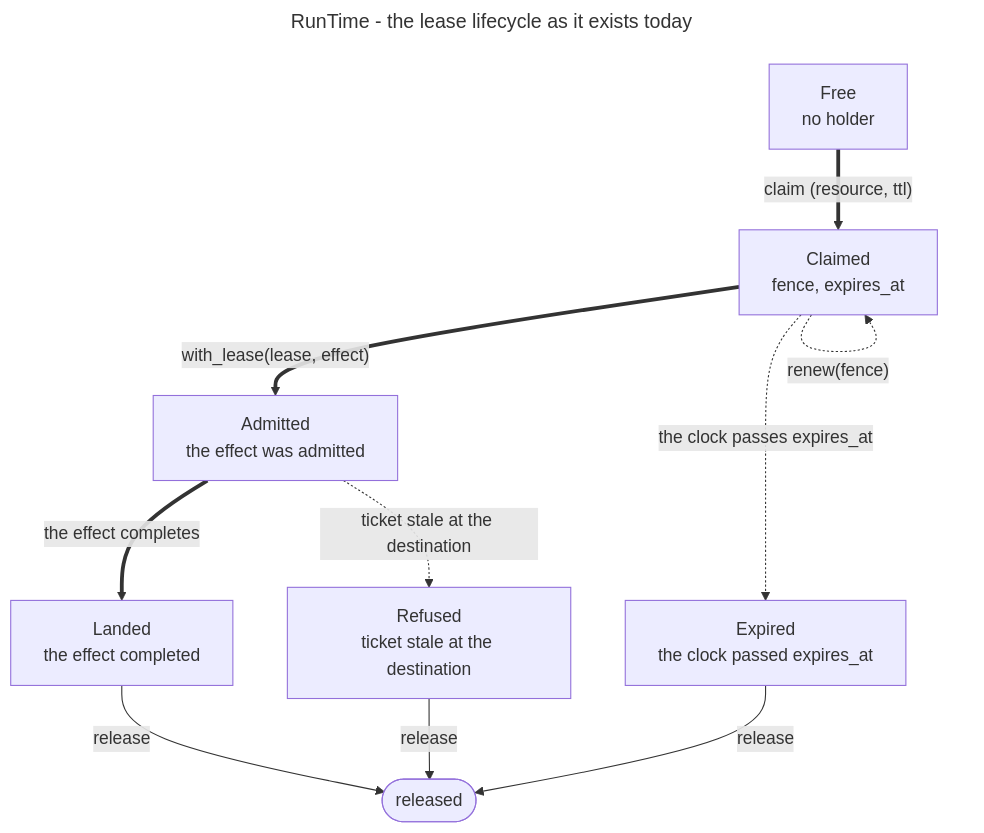
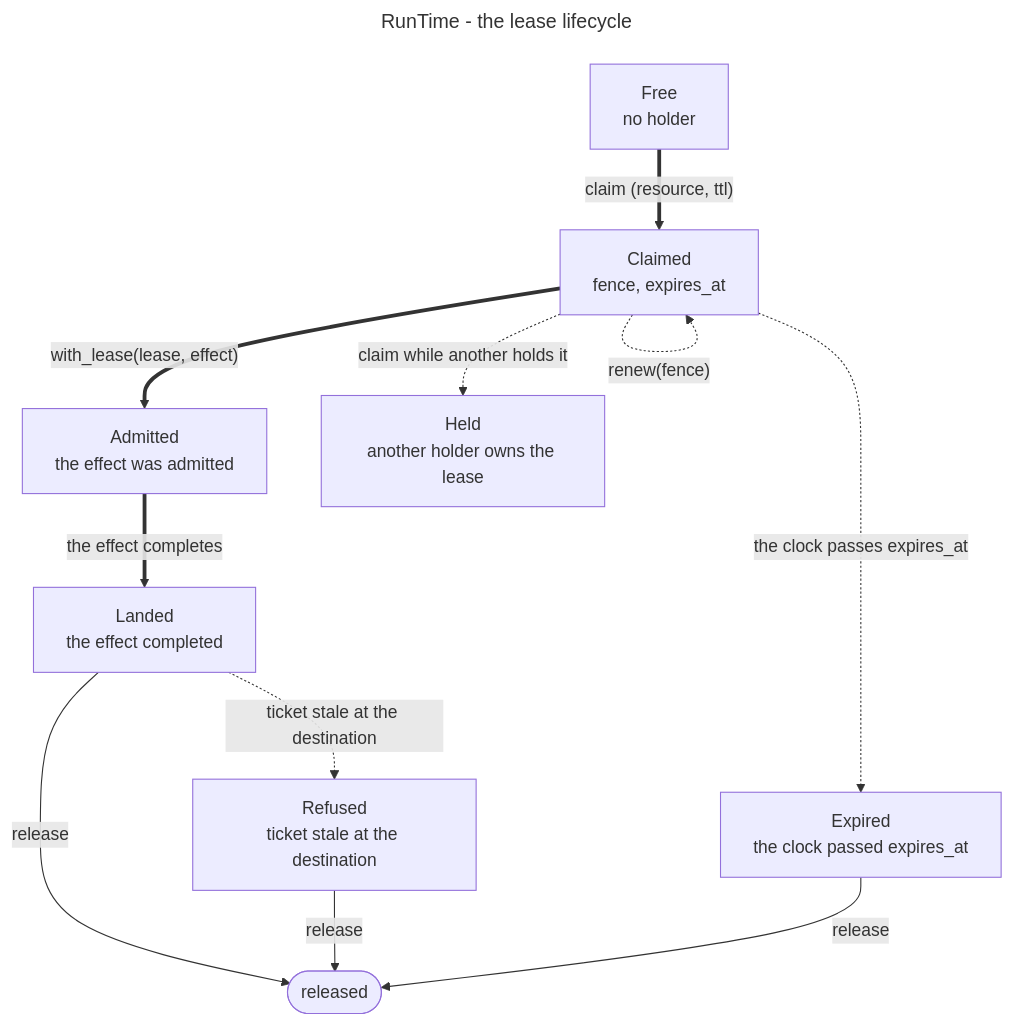
One commit to MergedBeastAgito/Agito changed the diagram in Documentation/Diagram/10-RunTime/Lifecycle.mmd. Above: the diagram before and after it, drawn with Mermaid. The commit also changed 4 other files, not shown here.

First line of the commit message:
Refactor RunTime diagrams and documentation for clarity and accuracy

```diff
--- a/Documentation/Diagram/10-RunTime/Lifecycle.mmd
+++ b/Documentation/Diagram/10-RunTime/Lifecycle.mmd
@@ -1,22 +1,24 @@
 ---
-title: RunTime - the lease lifecycle as it exists today
+title: RunTime - the lease lifecycle
 line9:
   theme: boardroom
 ---
 flowchart TD
   FREE["Free<br>no holder"]:::host
   CLAIMED["Claimed<br>fence, expires_at"]:::host
   ADMITTED["Admitted<br>the effect was admitted"]:::host
   LANDED["Landed<br>the effect completed"]:::host
   EXPIRED["Expired<br>the clock passed expires_at"]:::host
+  HELD["Held<br>another holder owns the lease"]:::fail
   REFUSED["Refused<br>ticket stale at the destination"]:::fail
   RELEASED(["released"]):::host
   FREE ==>|"claim (resource, ttl)"| CLAIMED
   CLAIMED -.->|"renew(fence)"| CLAIMED
+  CLAIMED -.->|"claim while another holds it"| HELD
   CLAIMED ==>|"with_lease(lease, effect)"| ADMITTED
   ADMITTED ==>|"the effect completes"| LANDED
-  ADMITTED -.->|"ticket stale at the destination"| REFUSED
+  LANDED -.->|"ticket stale at the destination"| REFUSED
   CLAIMED -.->|"the clock passes expires_at"| EXPIRED
   LANDED -->|"release"| RELEASED
   REFUSED -->|"release"| RELEASED
   EXPIRED -->|"release"| RELEASED
```
